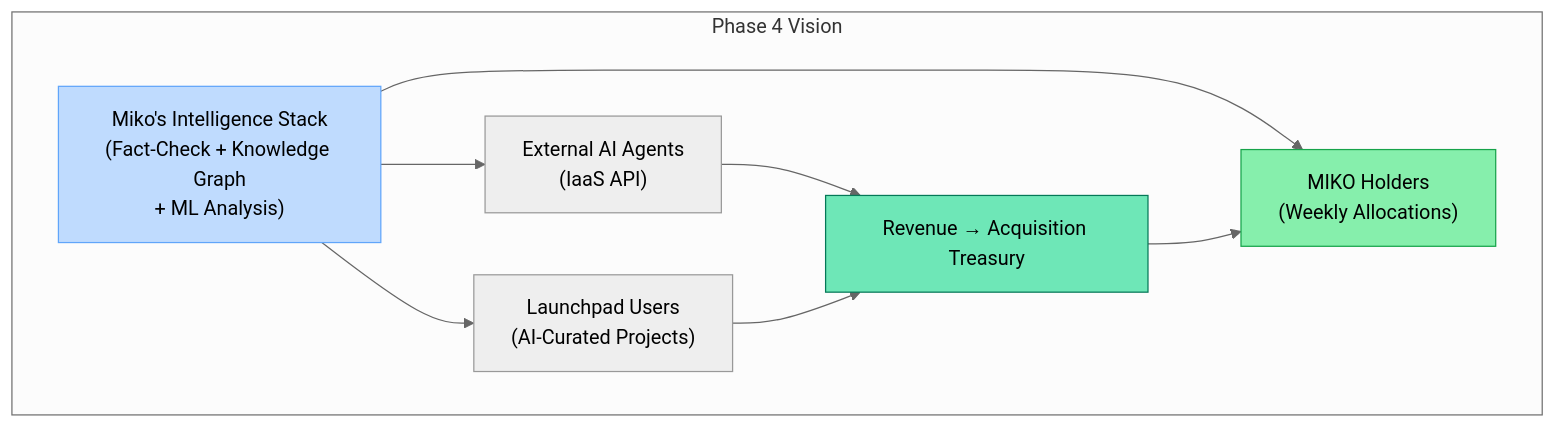
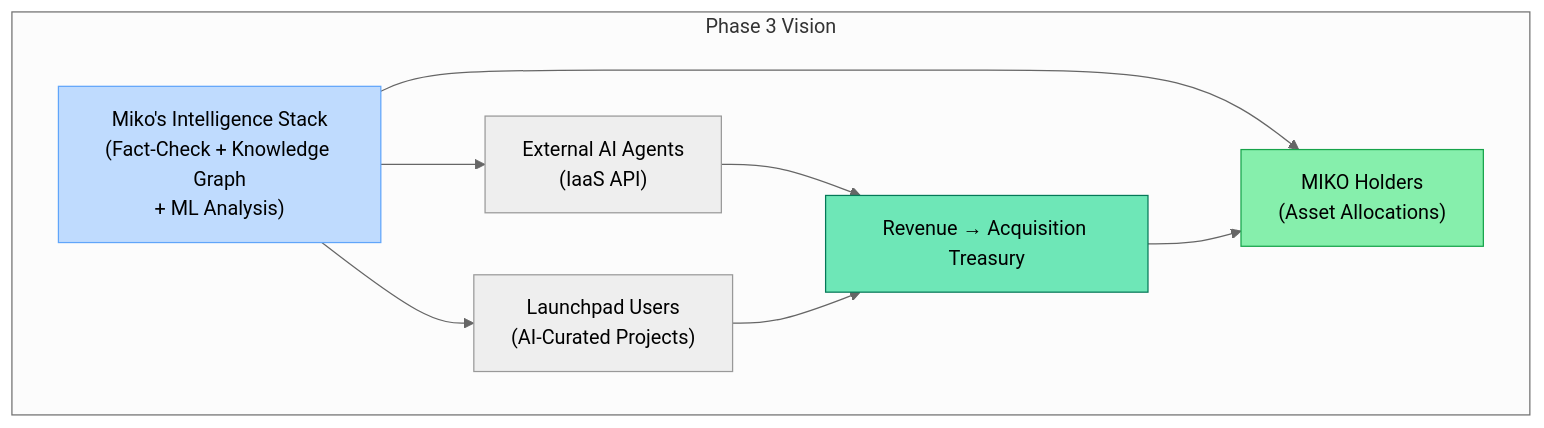
Before and after one commit to Miko-Protocol/docs: the second of 2 diagrams in docs/ecosystem/roadmap.md, drawn with Mermaid (neutral theme). The commit also changed other lines of this file and 18 other files, not shown here.

````diff
--- a/docs/ecosystem/roadmap.md
+++ b/docs/ecosystem/roadmap.md
@@ -48,15 +41,15 @@
 ```mermaid
 graph TD
-    subgraph "Phase 4 Vision"
+    subgraph "Phase 3 Vision"
         A["Miko's Intelligence Stack<br/>(Fact-Check + Knowledge Graph<br/>+ ML Analysis)"]
-        A --> B["MIKO Holders<br/>(Weekly Allocations)"]
+        A --> B["MIKO Holders<br/>(Asset Allocations)"]
         A --> C["External AI Agents<br/>(IaaS API)"]
         A --> D["Launchpad Users<br/>(AI-Curated Projects)"]
         C --> E["Revenue → Acquisition Treasury"]
         D --> E
         E --> B
     end
     style A fill:#bfdbfe,stroke:#60a5fa
     style B fill:#86efac,stroke:#16a34a
     style E fill:#6ee7b7,stroke:#047857
 ```
````
